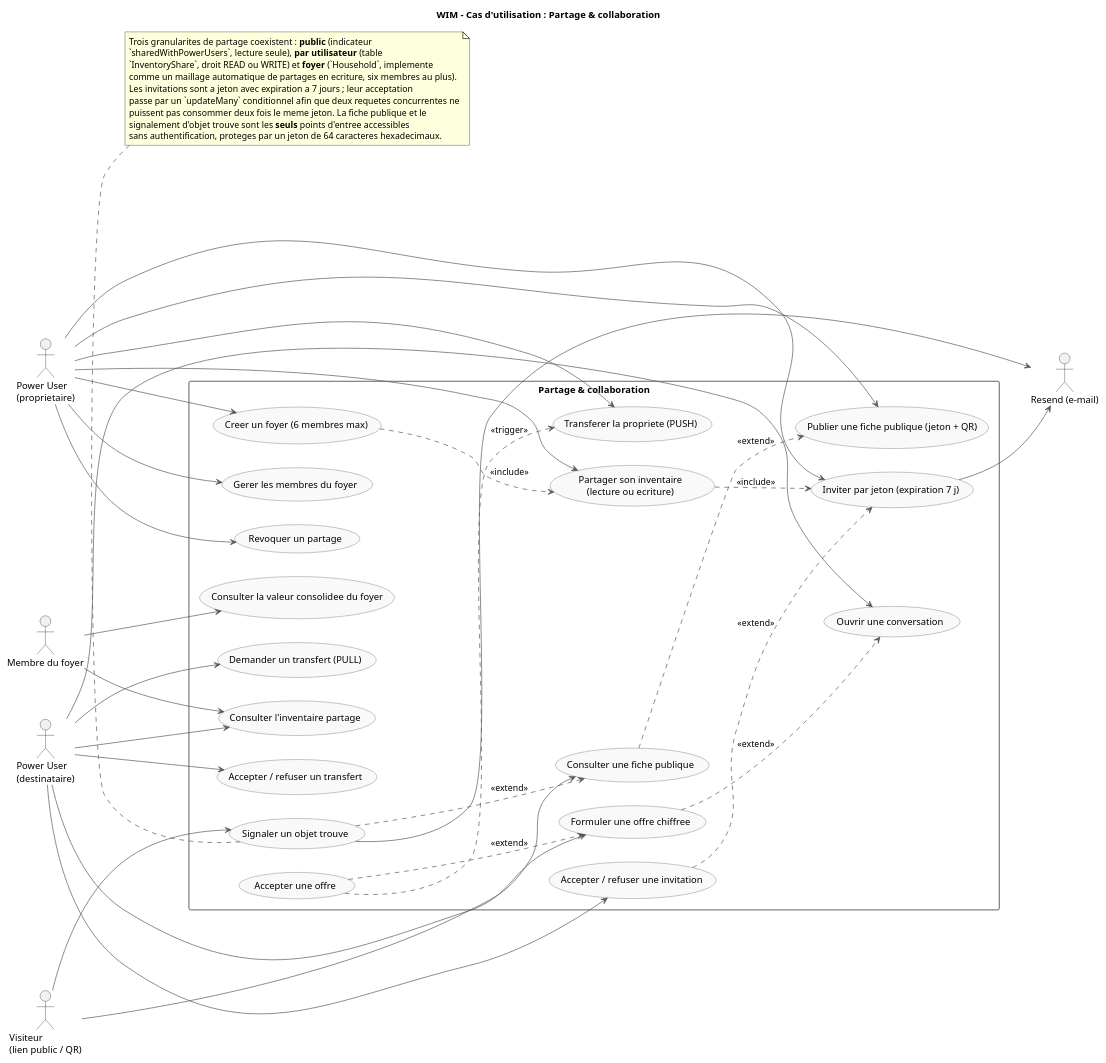
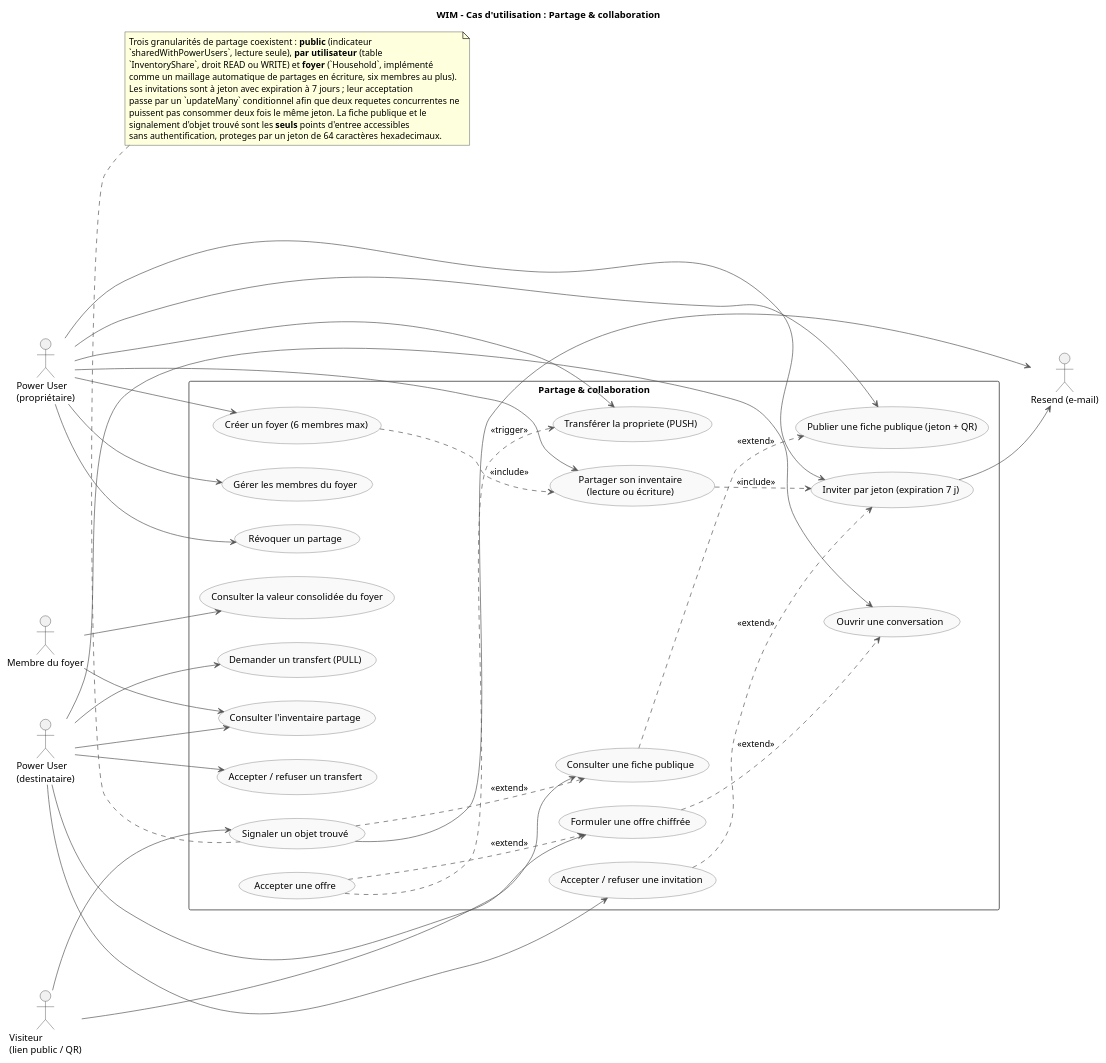
The diagram in docs/uml/01e-uc-partage.puml (SGCSBorges/WIM), drawn with PlantUML before and after one commit. The commit also changed 19 other files, not shown here.

First line of the commit message:
UML: restore French accents in the ten new diagram sources

```diff
--- a/docs/uml/01e-uc-partage.puml
+++ b/docs/uml/01e-uc-partage.puml
@@ -1,85 +1,85 @@
 @startuml
 title WIM – Cas d'utilisation : Partage & collaboration
 
 left to right direction
 skinparam packageStyle rectangle
 skinparam usecase {
   BackgroundColor #f9f9f9
   BorderColor #555
   ArrowColor #555
 }
 
-actor "Power User\n(proprietaire)" as Owner
+actor "Power User\n(propriétaire)" as Owner
 actor "Power User\n(destinataire)" as Peer
 actor "Membre du foyer" as Member
 actor "Visiteur\n(lien public / QR)" as Visitor
 actor "Resend (e-mail)" as Mail
 
 rectangle "Partage & collaboration" {
-  usecase "Partager son inventaire\n(lecture ou ecriture)" as UC_Share
+  usecase "Partager son inventaire\n(lecture ou écriture)" as UC_Share
   usecase "Inviter par jeton (expiration 7 j)" as UC_Invite
   usecase "Accepter / refuser une invitation" as UC_Accept
-  usecase "Revoquer un partage" as UC_Revoke
+  usecase "Révoquer un partage" as UC_Revoke
   usecase "Consulter l'inventaire partage" as UC_ViewShared
-  usecase "Creer un foyer (6 membres max)" as UC_Household
-  usecase "Gerer les membres du foyer" as UC_Members
-  usecase "Consulter la valeur consolidee du foyer" as UC_HouseholdStats
+  usecase "Créer un foyer (6 membres max)" as UC_Household
+  usecase "Gérer les membres du foyer" as UC_Members
+  usecase "Consulter la valeur consolidée du foyer" as UC_HouseholdStats
   usecase "Ouvrir une conversation" as UC_Thread
-  usecase "Formuler une offre chiffree" as UC_Offer
+  usecase "Formuler une offre chiffrée" as UC_Offer
   usecase "Accepter une offre" as UC_AcceptOffer
-  usecase "Transferer la propriete (PUSH)" as UC_Push
+  usecase "Transférer la propriete (PUSH)" as UC_Push
   usecase "Demander un transfert (PULL)" as UC_Pull
   usecase "Accepter / refuser un transfert" as UC_AcceptTransfer
   usecase "Publier une fiche publique (jeton + QR)" as UC_Public
   usecase "Consulter une fiche publique" as UC_ViewPublic
-  usecase "Signaler un objet trouve" as UC_Found
+  usecase "Signaler un objet trouvé" as UC_Found
 }
 
 Owner --> UC_Share
 Owner --> UC_Invite
 Owner --> UC_Revoke
 Owner --> UC_Household
 Owner --> UC_Members
 Owner --> UC_Push
 Owner --> UC_Public
 
 Peer --> UC_Accept
 Peer --> UC_ViewShared
 Peer --> UC_Thread
 Peer --> UC_Offer
 Peer --> UC_Pull
 Peer --> UC_AcceptTransfer
 
 Member --> UC_HouseholdStats
 Member --> UC_ViewShared
 
 Visitor --> UC_ViewPublic
 Visitor --> UC_Found
 
 UC_Invite --> Mail
 UC_Found --> Mail
 
 ' Include / extend
 UC_Share ..> UC_Invite : <<include>>
 UC_Accept ..> UC_Invite : <<extend>>
 UC_Offer ..> UC_Thread : <<extend>>
 UC_AcceptOffer ..> UC_Offer : <<extend>>
 UC_Found ..> UC_ViewPublic : <<extend>>
 UC_ViewPublic ..> UC_Public : <<extend>>
 
-' Dependance stereotypee : une offre acceptee declenche un transfert PUSH.
+' Dépendance stéréotypée : une offre acceptée déclenche un transfert PUSH.
 UC_AcceptOffer ..> UC_Push : <<trigger>>
 UC_Household ..> UC_Share : <<include>>
 
 note bottom
-Trois granularites de partage coexistent : **public** (indicateur
+Trois granularités de partage coexistent : **public** (indicateur
 `sharedWithPowerUsers`, lecture seule), **par utilisateur** (table
-`InventoryShare`, droit READ ou WRITE) et **foyer** (`Household`, implemente
-comme un maillage automatique de partages en ecriture, six membres au plus).
-Les invitations sont a jeton avec expiration a 7 jours ; leur acceptation
+`InventoryShare`, droit READ ou WRITE) et **foyer** (`Household`, implémenté
+comme un maillage automatique de partages en écriture, six membres au plus).
+Les invitations sont à jeton avec expiration à 7 jours ; leur acceptation
 passe par un `updateMany` conditionnel afin que deux requetes concurrentes ne
-puissent pas consommer deux fois le meme jeton. La fiche publique et le
-signalement d'objet trouve sont les **seuls** points d'entree accessibles
-sans authentification, proteges par un jeton de 64 caracteres hexadecimaux.
+puissent pas consommer deux fois le même jeton. La fiche publique et le
+signalement d'objet trouvé sont les **seuls** points d'entree accessibles
+sans authentification, proteges par un jeton de 64 caractères hexadecimaux.
 end note
 @enduml
```
